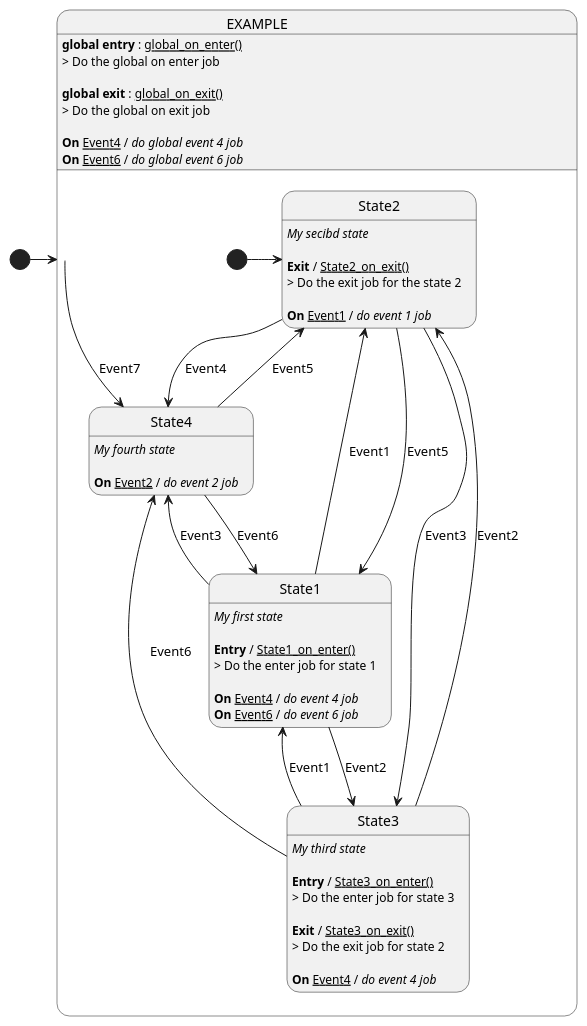
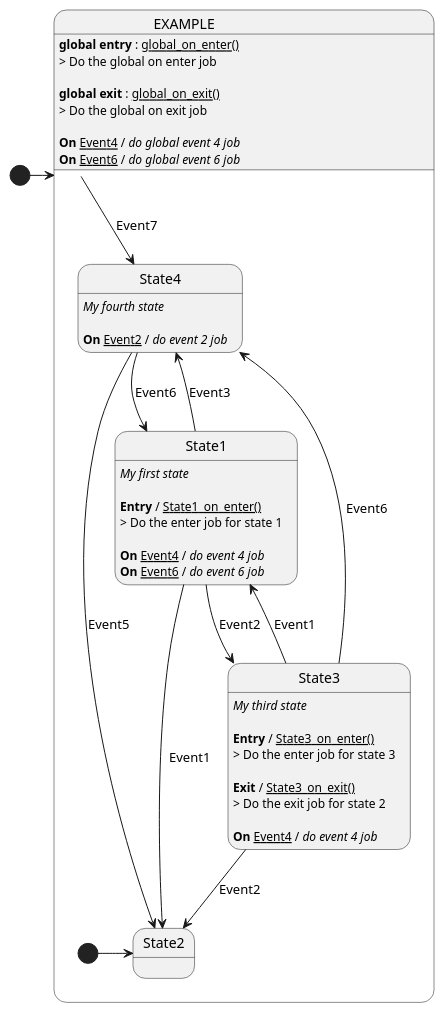
One commit to technosvitman/sm_gene changed the diagram in output/machine_example.plantuml. Above: the diagram before and after it, drawn with PlantUML. The commit also changed 5 other files, not shown here.

```diff
--- a/output/machine_example.plantuml
+++ b/output/machine_example.plantuml
@@ -2,72 +2,59 @@
 @startuml
 
 [*] -> EXAMPLE
 state EXAMPLE{
 EXAMPLE : **global entry** : __global_on_enter()__
 EXAMPLE : > Do the global on enter job\n
 EXAMPLE : **global exit** : __global_on_exit()__
 EXAMPLE : > Do the global on exit job\n
 EXAMPLE --> State4 : Event7
 
 EXAMPLE : **On** __Event4__ / //do global event 4 job//
 
 EXAMPLE : **On** __Event6__ / //do global event 6 job//
 
 
 
 [*] -> State2
 
 State1 : //My first state//\n
 State1 : **Entry** / __State1_on_enter()__
 State1 : > Do the enter job for state 1\n
 State1 --> State2 : Event1
 
 State1 --> State3 : Event2
 
 State1 --> State4 : Event3
 
 State1 : **On** __Event4__ / //do event 4 job//
 
 State1 : **On** __Event6__ / //do event 6 job//
 
 
 
-State2 : //My secibd state//\n
-State2 : **Exit** / __State2_on_exit()__
-State2 : > Do the exit job for the state 2\n
-State2 --> State3 : Event3
-
-State2 --> State4 : Event4
-
-State2 --> State1 : Event5
-
-State2 : **On** __Event1__ / //do event 1 job//
-
-
-
 State3 : //My third state//\n
 State3 : **Entry** / __State3_on_enter()__
 State3 : > Do the enter job for state 3\n
 State3 : **Exit** / __State3_on_exit()__
 State3 : > Do the exit job for state 2\n
 State3 --> State4 : Event6
 
 State3 --> State2 : Event2
 
 State3 --> State1 : Event1
 
 State3 : **On** __Event4__ / //do event 4 job//
 
 
 
 State4 : //My fourth state//\n
 State4 --> State1 : Event6
 
 State4 --> State2 : Event5
 
 State4 : **On** __Event2__ / //do event 2 job//
 
 
 }
 
 @enduml
```
